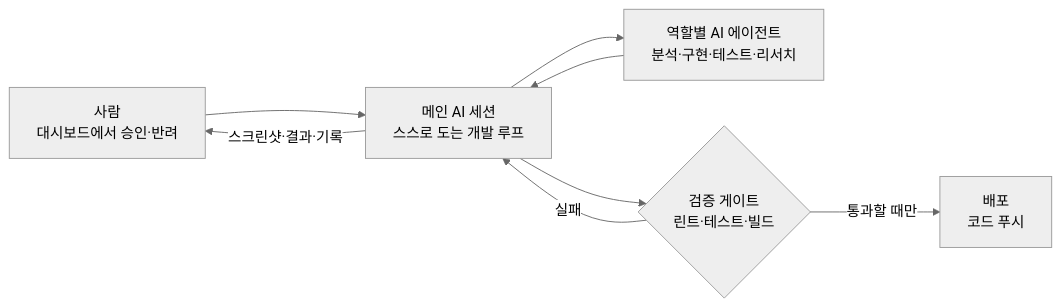
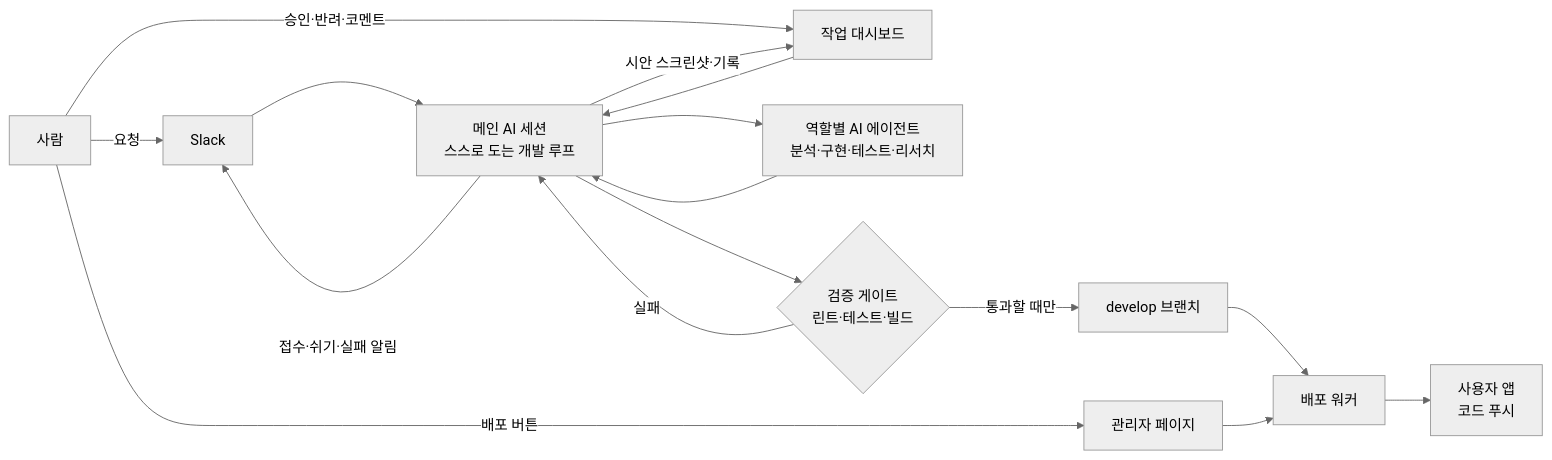
Before and after one commit to beomboo/sajurang-showcase: the diagram in README.md, drawn with Mermaid (neutral theme). The commit also changed other lines of this file and 1 other file, not shown here.

Commit message:
운영 도구 세 가지 — 관리자 페이지(가짜 데이터 화면)·작업 대시보드·Slack 연동, 흐름도에 반영

````diff
--- a/README.md
+++ b/README.md
@@ -41,10 +41,17 @@
 ```mermaid
 flowchart LR
-  H[사람<br/>대시보드에서 승인·반려] --> M[메인 AI 세션<br/>스스로 도는 개발 루프]
+  H[사람] -->|요청| S[Slack]
+  H -->|승인·반려·코멘트| B[작업 대시보드]
+  S --> M[메인 AI 세션<br/>스스로 도는 개발 루프]
+  B --> M
   M --> A[역할별 AI 에이전트<br/>분석·구현·테스트·리서치]
   A --> M
   M --> G{검증 게이트<br/>린트·테스트·빌드}
-  G -->|통과할 때만| D[배포<br/>코드 푸시]
+  G -->|통과할 때만| D[develop 브랜치]
   G -->|실패| M
-  M -->|스크린샷·결과·기록| H
+  M -->|시안 스크린샷·기록| B
+  M -->|접수·쉬기·실패 알림| S
+  H -->|배포 버튼| P[관리자 페이지]
+  D --> W[배포 워커] --> U[사용자 앱<br/>코드 푸시]
+  P --> W
 ```
````
